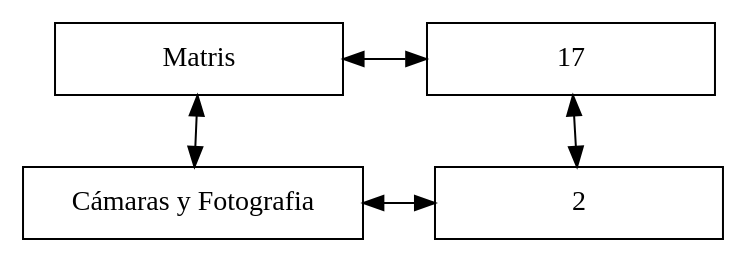
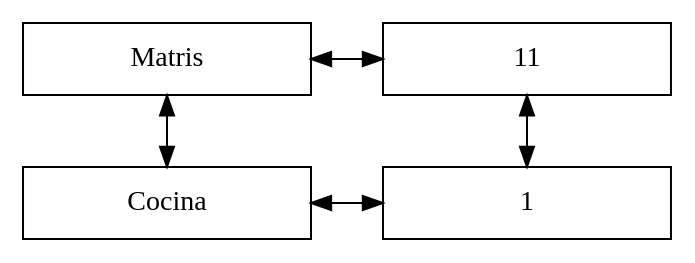
One commit to Macario12/EDD_VirtualMall_201905837 changed the diagram in Servidor/1997_01.dot. Above: the diagram before and after it, drawn with Graphviz. The commit also changed 40 other files, not shown here.

```diff
--- a/Servidor/1997_01.dot
+++ b/Servidor/1997_01.dot
@@ -1,15 +1,15 @@
 digraph { 
 rankdir = TB; 
 node [shape=rectangle, height=0.5, width=2] 
 graph[ nodesep = 0.5] 
 Matris[label="Matris"] 
-nodo17 [label="17"] 
-nodoCámaras_y_Fotografia [label="Cámaras y Fotografia"] 
-Matris -> nodo17 [dir=both] 
-Matris -> nodoCámaras_y_Fotografia [dir=both] 
-nodo0y0[label="2"] 
-nodo17 -> nodo0y0[dir=both] 
-nodoCámaras_y_Fotografia -> nodo0y0[constraint=false, dir=both] 
-{ rank=same; Matris; nodo17} 
-{ rank=same;nodoCámaras_y_Fotografia;nodo0y0} 
+nodo11 [label="11"] 
+nodoCocina [label="Cocina"] 
+Matris -> nodo11 [dir=both] 
+Matris -> nodoCocina [dir=both] 
+nodo0y0[label="1"] 
+nodo11 -> nodo0y0[dir=both] 
+nodoCocina -> nodo0y0[constraint=false, dir=both] 
+{ rank=same; Matris; nodo11} 
+{ rank=same;nodoCocina;nodo0y0} 
 }
```
